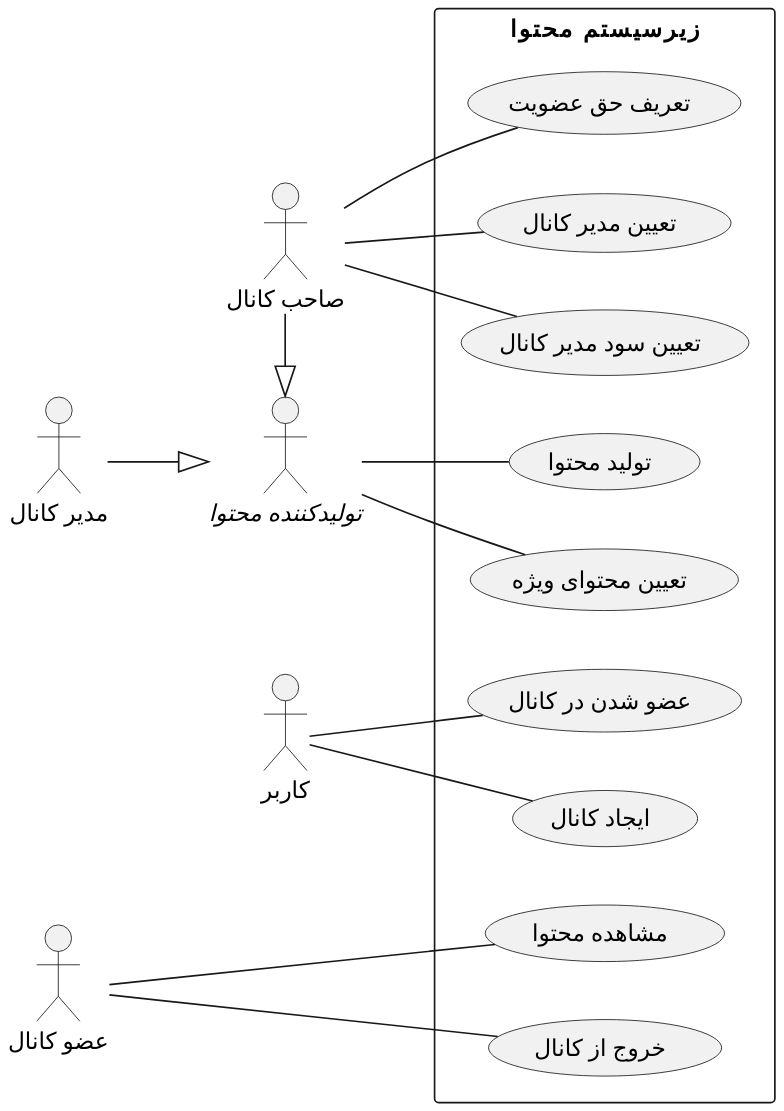
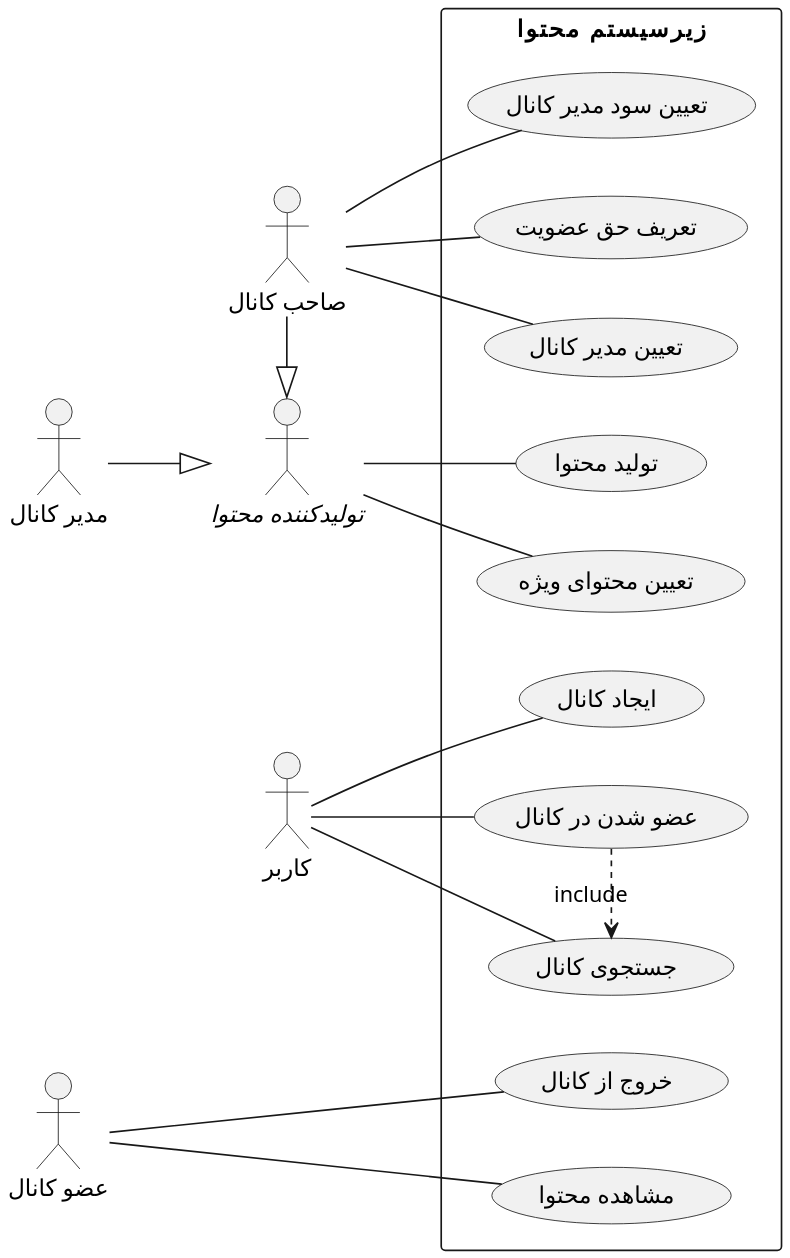
Before and after one commit to soleyman79/Qasedak: the diagram in PlantUML/Usecase Diagram/2_ContentSubsystem.puml, drawn with PlantUML.

Commit message:
Add search usecase

```diff
--- a/PlantUML/Usecase Diagram/2_ContentSubsystem.puml
+++ b/PlantUML/Usecase Diagram/2_ContentSubsystem.puml
@@ -1,37 +1,41 @@
 @startuml content_subsystem
 scale 2
 left to right direction
 skinparam defaultFontName B Nazanin
 
 rectangle "زیرسیستم محتوا"{
     usecase "عضو شدن در کانال" as join
     usecase "مشاهده محتوا" as see
     usecase "ایجاد کانال" as start
     usecase "تولید محتوا" as create
     usecase "تعیین محتوای ویژه" as specialize
     usecase "تعریف حق عضویت" as fee
     usecase "تعیین مدیر کانال" as raise
     usecase "تعیین سود مدیر کانال" as salary
     usecase "خروج از کانال" as delete
+    usecase "جستجوی کانال" as search
 }
 
 actor "کاربر" as user
 actor "عضو کانال" as member
 actor "//تولیدکننده محتوا//" as producer
 actor "مدیر کانال" as admin
 actor "صاحب کانال" as owner
 
 admin --|> producer
 owner -|> producer
 
 user -- join
+user -- search
 member --- see
 member --- delete
 user -- start
 producer -- create
 producer -- specialize
 owner -- fee
 owner -- raise
 owner -- salary
 
+join .> search :include
+
 @enduml
```
